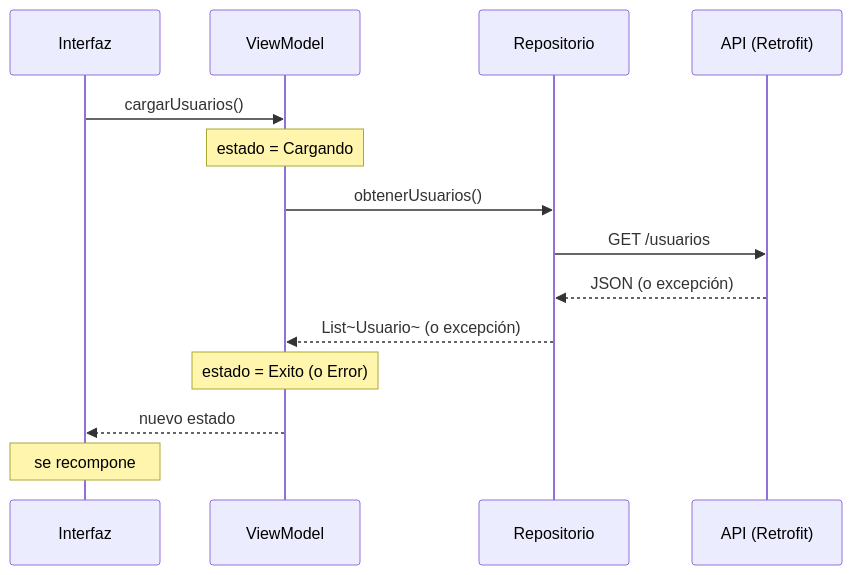
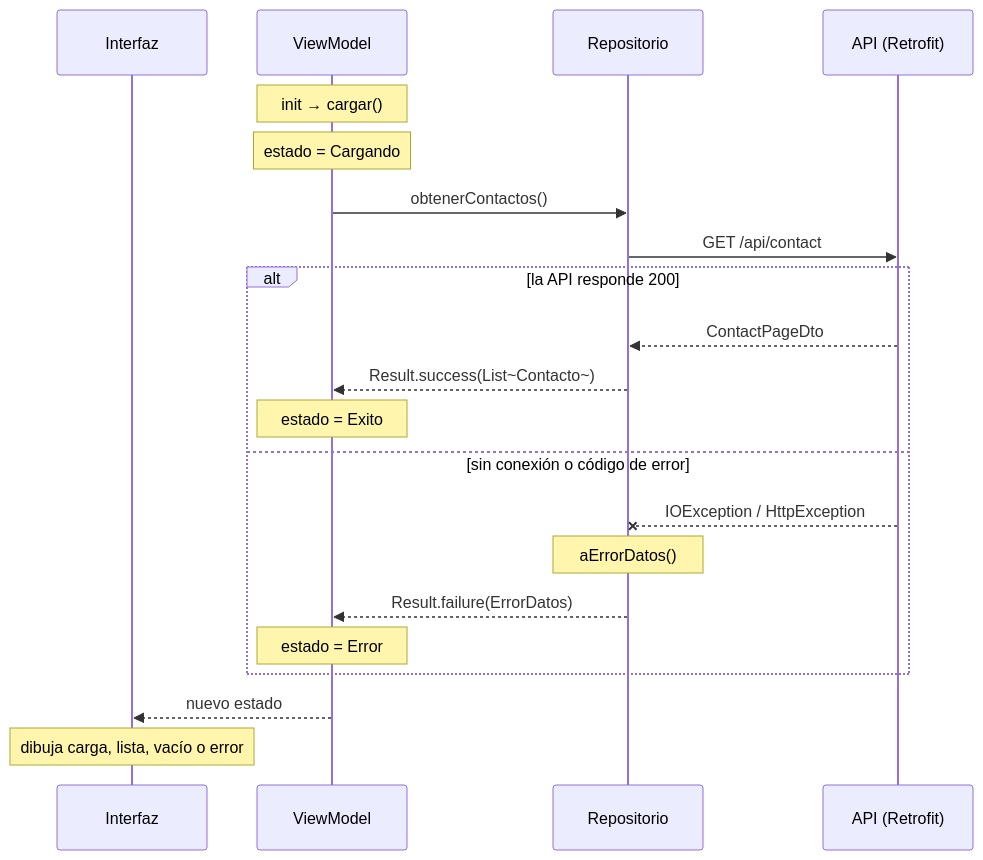
The diagram in docs/content/part09/chapter46.md (jmcandia/android-kotlin-desde-cero), drawn with Mermaid before and after one commit. The commit also changed other lines of this file and 222 other files, not shown here.

````diff
--- a/docs/content/part09/chapter46.md
+++ b/docs/content/part09/chapter46.md
@@ -93,16 +285,23 @@
 ```mermaid
 sequenceDiagram
     participant UI as Interfaz
     participant VM as ViewModel
     participant Repo as Repositorio
     participant API as API (Retrofit)
-    UI->>VM: cargarUsuarios()
+    Note over VM: init → cargar()
     Note over VM: estado = Cargando
-    VM->>Repo: obtenerUsuarios()
-    Repo->>API: GET /usuarios
-    API-->>Repo: JSON (o excepción)
-    Repo-->>VM: List~Usuario~ (o excepción)
-    Note over VM: estado = Exito (o Error)
+    VM->>Repo: obtenerContactos()
+    Repo->>API: GET /api/contact
+    alt la API responde 200
+        API-->>Repo: ContactPageDto
+        Repo-->>VM: Result.success(List~Contacto~)
+        Note over VM: estado = Exito
+    else sin conexión o código de error
+        API--xRepo: IOException / HttpException
+        Note over Repo: aErrorDatos()
+        Repo-->>VM: Result.failure(ErrorDatos)
+        Note over VM: estado = Error
+    end
     VM-->>UI: nuevo estado
-    Note over UI: se recompone
+    Note over UI: dibuja carga, lista, vacío o error
 ```
````
